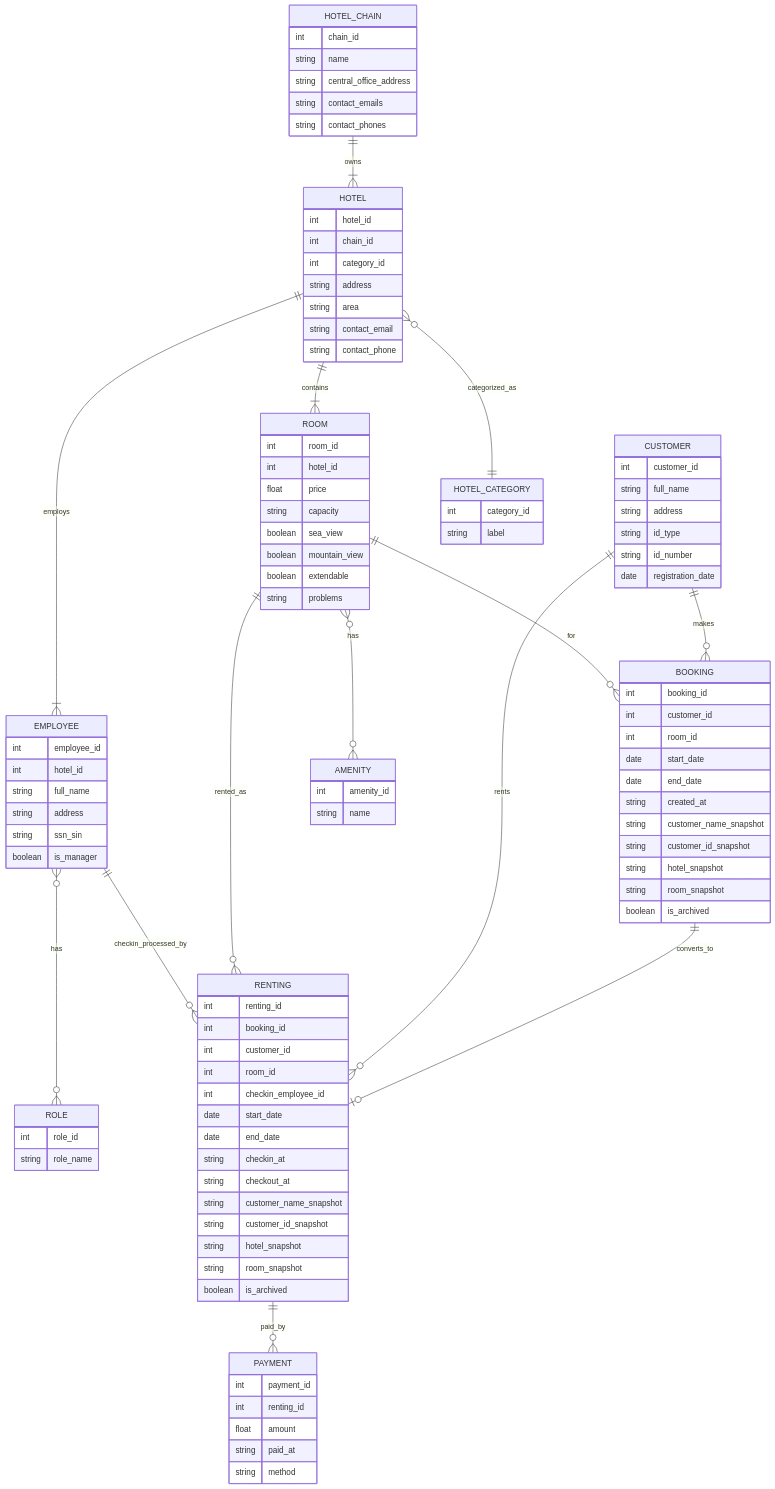
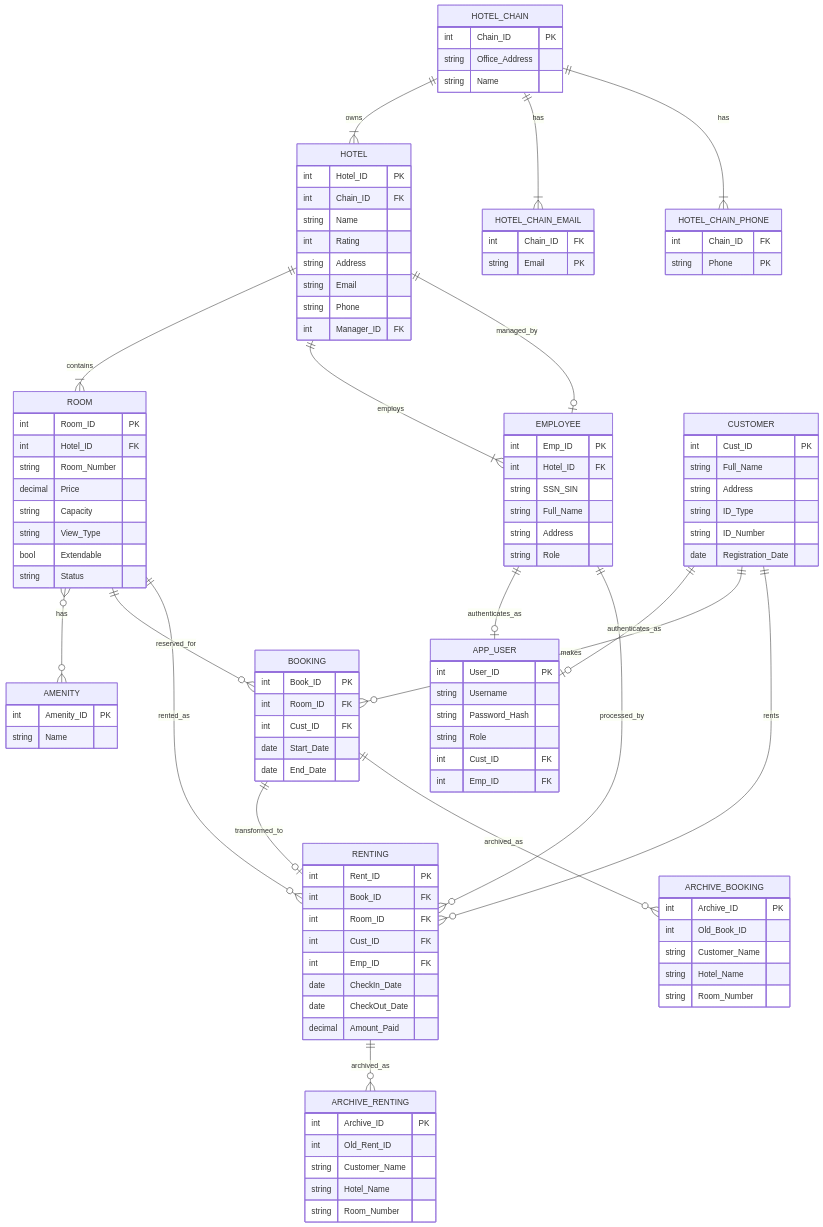
The diagram in erDiagram.mmd (Bradleyh212/e-hotels-), drawn with Mermaid before and after one commit. The commit also changed 20 other files, not shown here.

First line of the commit message:
feat: Add video contents table template and update ER diagram

```diff
--- a/erDiagram.mmd
+++ b/erDiagram.mmd
@@ -1,120 +1,124 @@
 erDiagram
   HOTEL_CHAIN ||--|{ HOTEL : owns
+  HOTEL_CHAIN ||--|{ HOTEL_CHAIN_EMAIL : has
+  HOTEL_CHAIN ||--|{ HOTEL_CHAIN_PHONE : has
   HOTEL ||--|{ ROOM : contains
-
   HOTEL ||--|{ EMPLOYEE : employs
-  EMPLOYEE }o--o{ ROLE : has
-
+  HOTEL ||--o| EMPLOYEE : managed_by
+  CUSTOMER ||--o| APP_USER : authenticates_as
+  EMPLOYEE ||--o| APP_USER : authenticates_as
+  ROOM }o--o{ AMENITY : has
   CUSTOMER ||--o{ BOOKING : makes
-  ROOM ||--o{ BOOKING : for
-
-  BOOKING ||--o| RENTING : converts_to
+  ROOM ||--o{ BOOKING : reserved_for
   CUSTOMER ||--o{ RENTING : rents
   ROOM ||--o{ RENTING : rented_as
-  EMPLOYEE ||--o{ RENTING : checkin_processed_by
+  EMPLOYEE ||--o{ RENTING : processed_by
+  BOOKING ||--o| RENTING : transformed_to
 
-  RENTING ||--o{ PAYMENT : paid_by
-
-  ROOM }o--o{ AMENITY : has
-  HOTEL }o--|| HOTEL_CATEGORY : categorized_as
+  BOOKING ||--o{ ARCHIVE_BOOKING : archived_as
+  RENTING ||--o{ ARCHIVE_RENTING : archived_as
 
   HOTEL_CHAIN {
-    int chain_id
-    string name
-    string central_office_address
-    string contact_emails
-    string contact_phones
+    int Chain_ID PK
+    string Office_Address
+    string Name
   }
 
-  HOTEL_CATEGORY {
-    int category_id
-    string label
+  HOTEL_CHAIN_EMAIL {
+    int Chain_ID FK
+    string Email PK
+  }
+
+  HOTEL_CHAIN_PHONE {
+    int Chain_ID FK
+    string Phone PK
   }
 
   HOTEL {
-    int hotel_id
-    int chain_id
-    int category_id
-    string address
-    string area
-    string contact_email
-    string contact_phone
+    int Hotel_ID PK
+    int Chain_ID FK
+    string Name
+    int Rating
+    string Address
+    string Email
+    string Phone
+    int Manager_ID FK
+  }
+
+  EMPLOYEE {
+    int Emp_ID PK
+    int Hotel_ID FK
+    string SSN_SIN
+    string Full_Name
+    string Address
+    string Role
+  }
+
+  CUSTOMER {
+    int Cust_ID PK
+    string Full_Name
+    string Address
+    string ID_Type
+    string ID_Number
+    date Registration_Date
+  }
+
+  APP_USER {
+    int User_ID PK
+    string Username
+    string Password_Hash
+    string Role
+    int Cust_ID FK
+    int Emp_ID FK
   }
 
   ROOM {
-    int room_id
-    int hotel_id
-    float price
-    string capacity
-    boolean sea_view
-    boolean mountain_view
-    boolean extendable
-    string problems
+    int Room_ID PK
+    int Hotel_ID FK
+    string Room_Number
+    decimal Price
+    string Capacity
+    string View_Type
+    bool Extendable
+    string Status
   }
 
   AMENITY {
-    int amenity_id
-    string name
-  }
-
-  CUSTOMER {
-    int customer_id
-    string full_name
-    string address
-    string id_type
-    string id_number
-    date registration_date
-  }
-
-  EMPLOYEE {
-    int employee_id
-    int hotel_id
-    string full_name
-    string address
-    string ssn_sin
-    boolean is_manager
-  }
-
-  ROLE {
-    int role_id
-    string role_name
+    int Amenity_ID PK
+    string Name
   }
 
   BOOKING {
-    int booking_id
-    int customer_id
-    int room_id
-    date start_date
-    date end_date
-    string created_at
-    string customer_name_snapshot
-    string customer_id_snapshot
-    string hotel_snapshot
-    string room_snapshot
-    boolean is_archived
+    int Book_ID PK
+    int Room_ID FK
+    int Cust_ID FK
+    date Start_Date
+    date End_Date
   }
 
   RENTING {
-    int renting_id
-    int booking_id
-    int customer_id
-    int room_id
-    int checkin_employee_id
-    date start_date
-    date end_date
-    string checkin_at
-    string checkout_at
-    string customer_name_snapshot
-    string customer_id_snapshot
-    string hotel_snapshot
-    string room_snapshot
-    boolean is_archived
+    int Rent_ID PK
+    int Book_ID FK
+    int Room_ID FK
+    int Cust_ID FK
+    int Emp_ID FK
+    date CheckIn_Date
+    date CheckOut_Date
+    decimal Amount_Paid
   }
 
-  PAYMENT {
-    int payment_id
-    int renting_id
-    float amount
-    string paid_at
-    string method
+  ARCHIVE_BOOKING {
+    int Archive_ID PK
+    int Old_Book_ID
+    string Customer_Name
+    string Hotel_Name
+    string Room_Number
   }
+
+  ARCHIVE_RENTING {
+    int Archive_ID PK
+    int Old_Rent_ID
+    string Customer_Name
+    string Hotel_Name
+    string Room_Number
+  }
```
